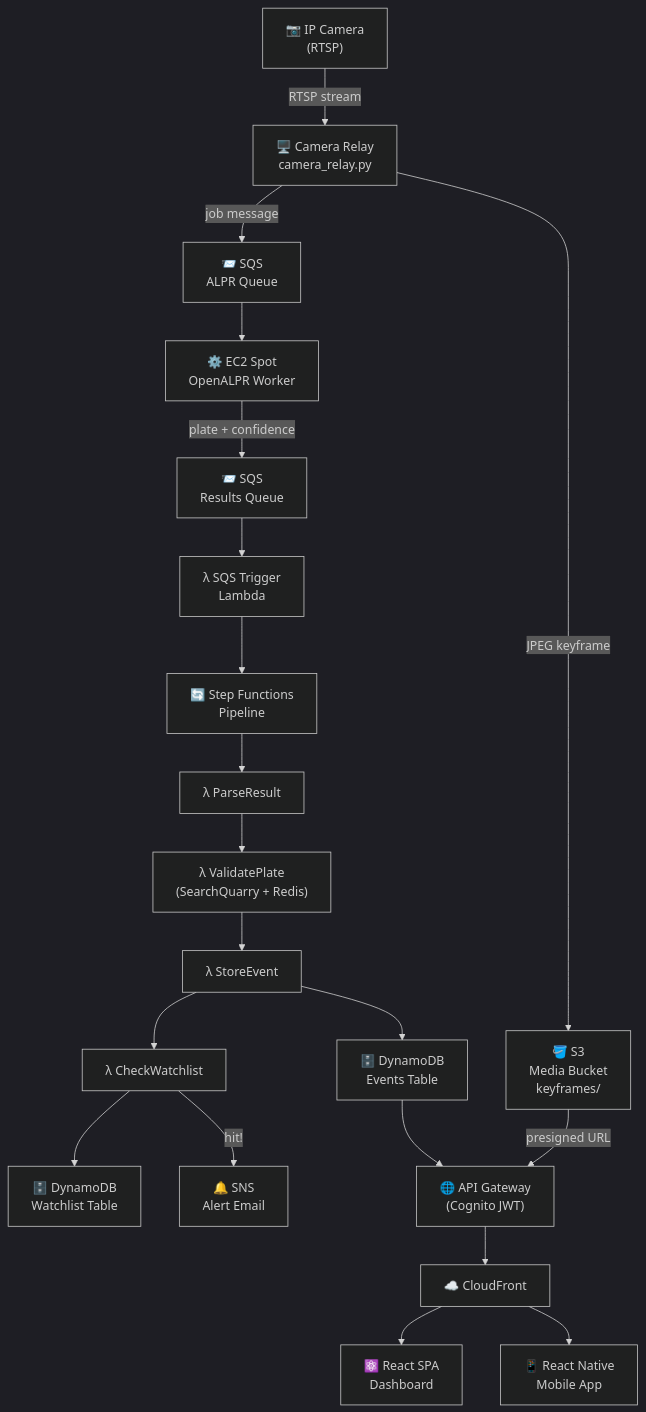
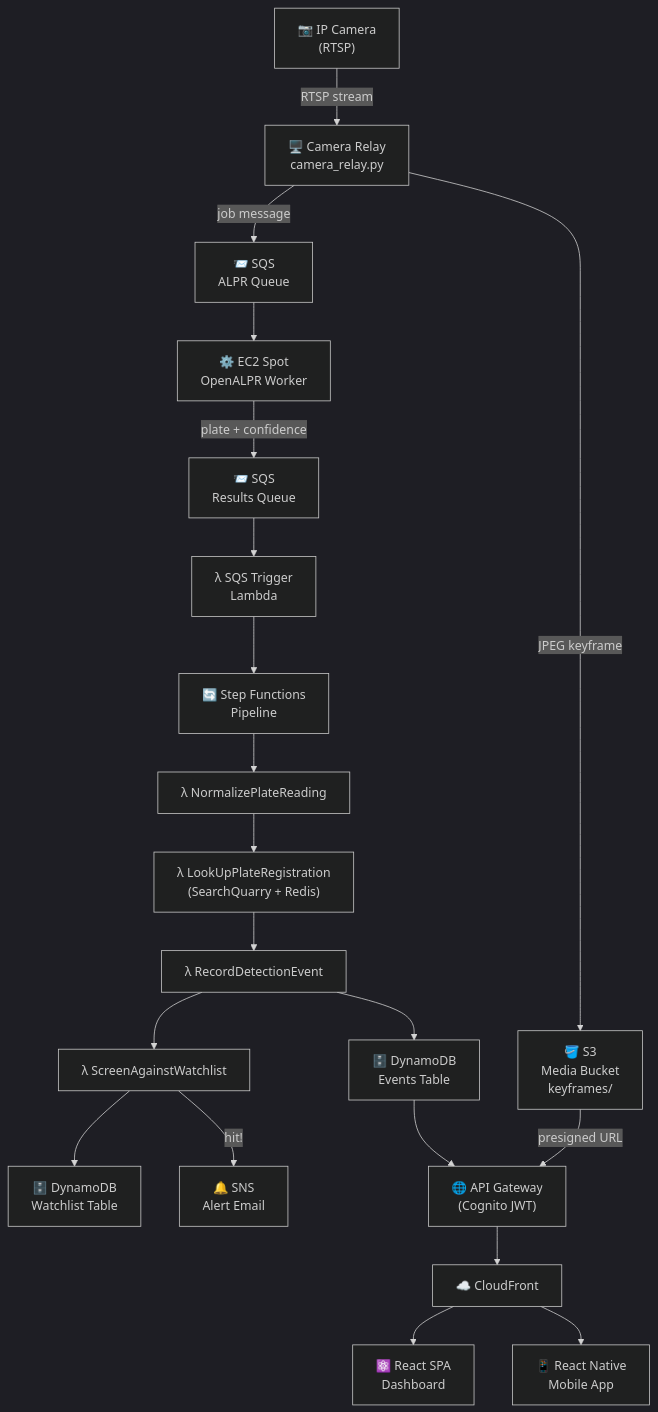
One commit to masterq1/WatchTell changed the first of 2 diagrams in README.md. Above: the diagram before and after it, drawn with Mermaid (dark theme). The commit also changed other lines of this file and 10 other files, not shown here.

````diff
--- a/README.md
+++ b/README.md
@@ -79,39 +79,39 @@
 ```mermaid
 flowchart TD
     CAM["📷 IP Camera\n(RTSP)"]
     RELAY["🖥️ Camera Relay\ncamera_relay.py"]
     S3M["🪣 S3\nMedia Bucket\nkeyframes/"]
     SQS1["📨 SQS\nALPR Queue"]
     EC2["⚙️ EC2 Spot\nOpenALPR Worker"]
     SQS2["📨 SQS\nResults Queue"]
     TRIG["λ SQS Trigger\nLambda"]
     SF["🔄 Step Functions\nPipeline"]
-    PARSE["λ ParseResult"]
-    VALID["λ ValidatePlate\n(SearchQuarry + Redis)"]
-    STORE["λ StoreEvent"]
-    CHECK["λ CheckWatchlist"]
+    PARSE["λ NormalizePlateReading"]
+    VALID["λ LookUpPlateRegistration\n(SearchQuarry + Redis)"]
+    STORE["λ RecordDetectionEvent"]
+    CHECK["λ ScreenAgainstWatchlist"]
     DDB["🗄️ DynamoDB\nEvents Table"]
     WL["🗄️ DynamoDB\nWatchlist Table"]
     SNS["🔔 SNS\nAlert Email"]
     APIGW["🌐 API Gateway\n(Cognito JWT)"]
     CF["☁️ CloudFront"]
     SPA["⚛️ React SPA\nDashboard"]
     MOB["📱 React Native\nMobile App"]
 
     CAM -->|RTSP stream| RELAY
     RELAY -->|JPEG keyframe| S3M
     RELAY -->|job message| SQS1
     SQS1 --> EC2
     EC2 -->|plate + confidence| SQS2
     SQS2 --> TRIG
     TRIG --> SF
     SF --> PARSE --> VALID --> STORE --> CHECK
     STORE --> DDB
     CHECK --> WL
     CHECK -->|hit!| SNS
     DDB --> APIGW
     S3M -->|presigned URL| APIGW
     APIGW --> CF
     CF --> SPA
     CF --> MOB
 ```
````
